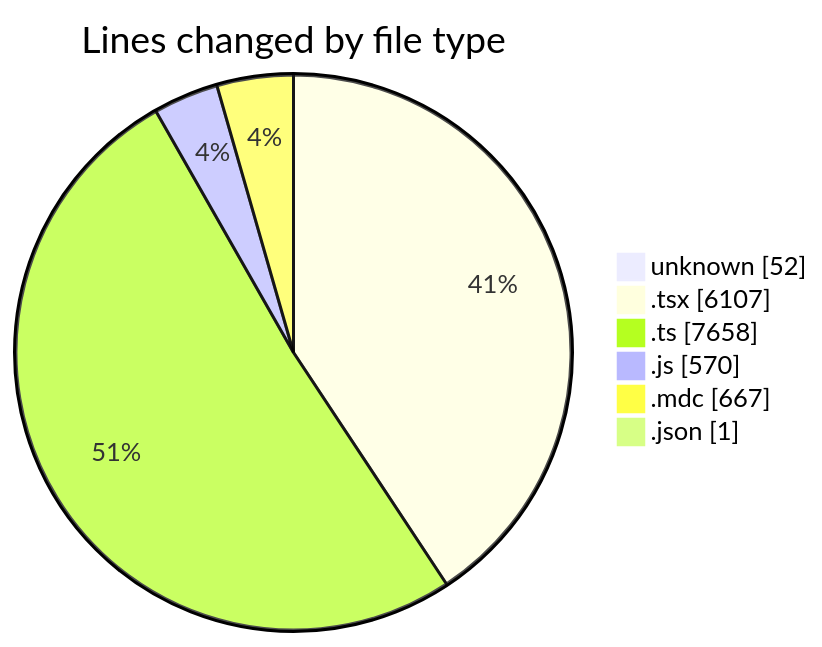
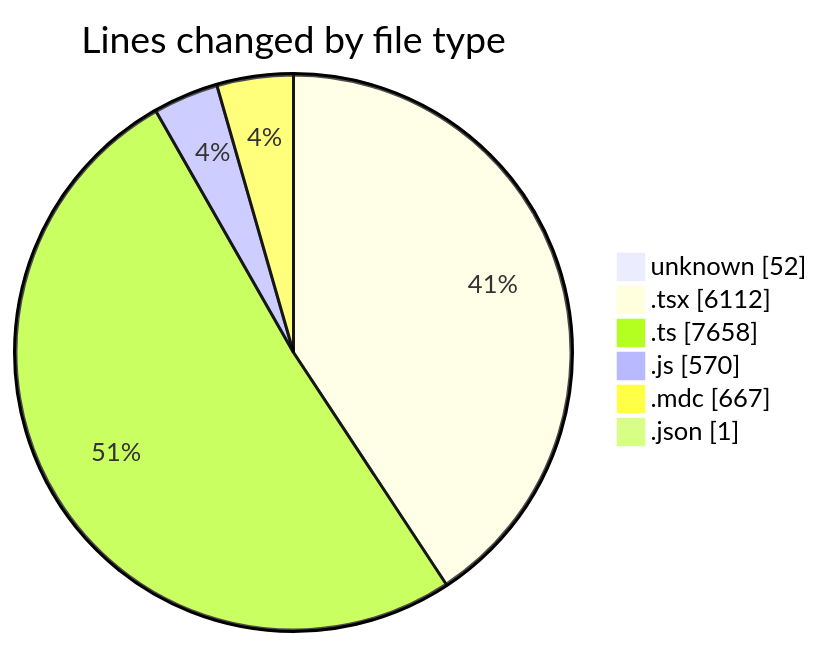
Before and after one commit to CELIANVF/code-tracking: the first of 2 diagrams in 2025-06-02/ecodeli-1/README.md, drawn with Mermaid. The commit also changed other lines of this file and 1 other file, not shown here.

````diff
--- a/2025-06-02/ecodeli-1/README.md
+++ b/2025-06-02/ecodeli-1/README.md
@@ -70,10 +70,10 @@
 ```mermaid
 pie showData
 title Lines changed by file type
 "unknown" : 52
-".tsx" : 6107
+".tsx" : 6112
 ".ts" : 7658
 ".js" : 570
 ".mdc" : 667
 ".json" : 1
 ```
````
